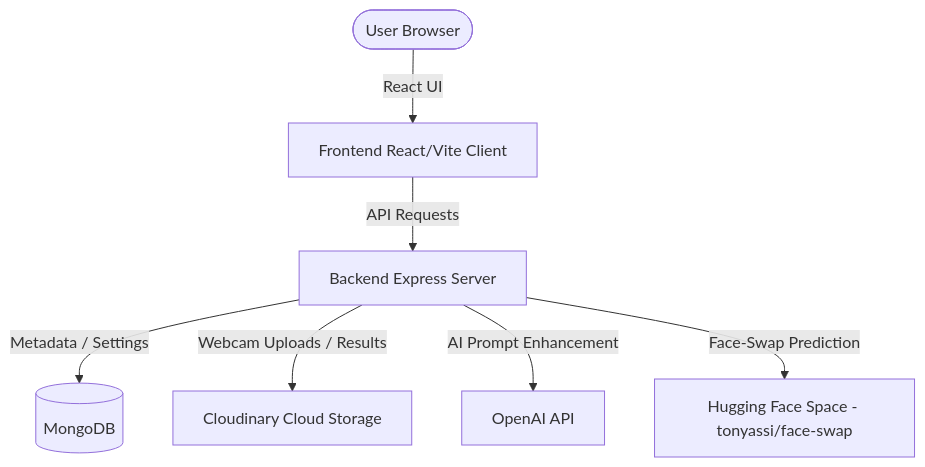
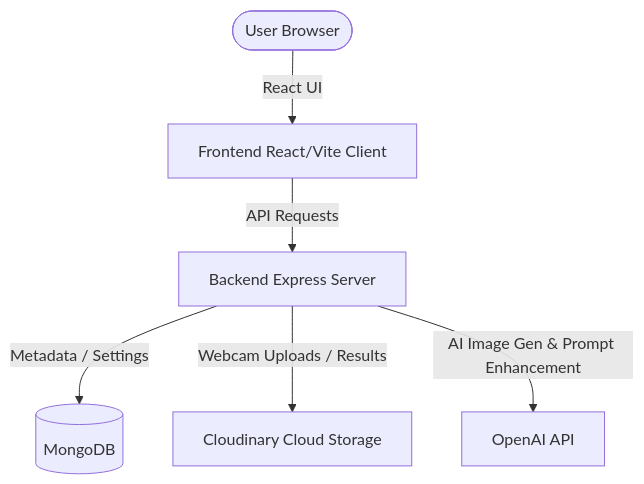
Before and after one commit to Ananya0424/AI-Photobooth: the diagram in README.md, drawn with Mermaid. The commit also changed other lines of this file and 45 other files, not shown here.

````diff
--- a/README.md
+++ b/README.md
@@ -25,9 +25,8 @@
 ```mermaid
 graph TD
     User([User Browser]) -->|React UI| Frontend[Frontend React/Vite Client]
     Frontend -->|API Requests| Backend[Backend Express Server]
     Backend -->|Metadata / Settings| DB[(MongoDB)]
     Backend -->|Webcam Uploads / Results| Cloudinary[Cloudinary Cloud Storage]
-    Backend -->|AI Prompt Enhancement| OpenAI[OpenAI API]
-    Backend -->|Face-Swap Prediction| HuggingFace[Hugging Face Space - tonyassi/face-swap]
+    Backend -->|AI Image Gen & Prompt Enhancement| OpenAI[OpenAI API]
 ```
````
